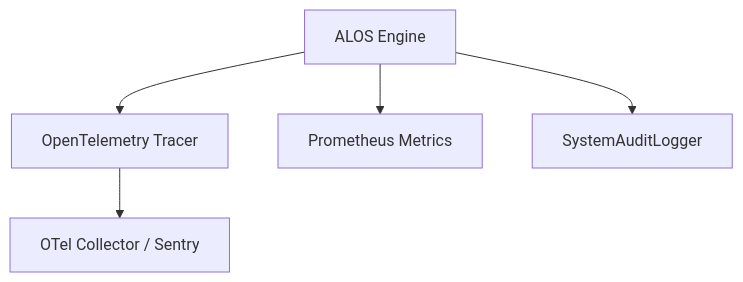
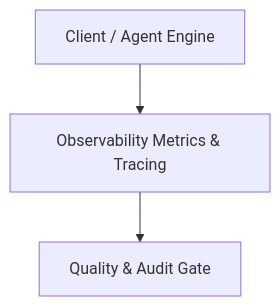
The diagram in specs/14-observability-metrics-and-tracing/plan.md (brandon-fox/alos), drawn with Mermaid before and after one commit. The commit also changed other lines of this file and 48 other files, not shown here.

````diff
--- a/specs/14-observability-metrics-and-tracing/plan.md
+++ b/specs/14-observability-metrics-and-tracing/plan.md
@@ -3,7 +5,5 @@
 ```mermaid
 graph TD
-    Graph[ALOS Engine] --> OTel[OpenTelemetry Tracer]
-    Graph --> Prom[Prometheus Metrics]
-    Graph --> Audit[SystemAuditLogger]
-    OTel --> Collector[OTel Collector / Sentry]
+    Client[Client / Agent Engine] --> Component[Observability Metrics & Tracing]
+    Component --> QualityGate[Quality & Audit Gate]
 ```
````
